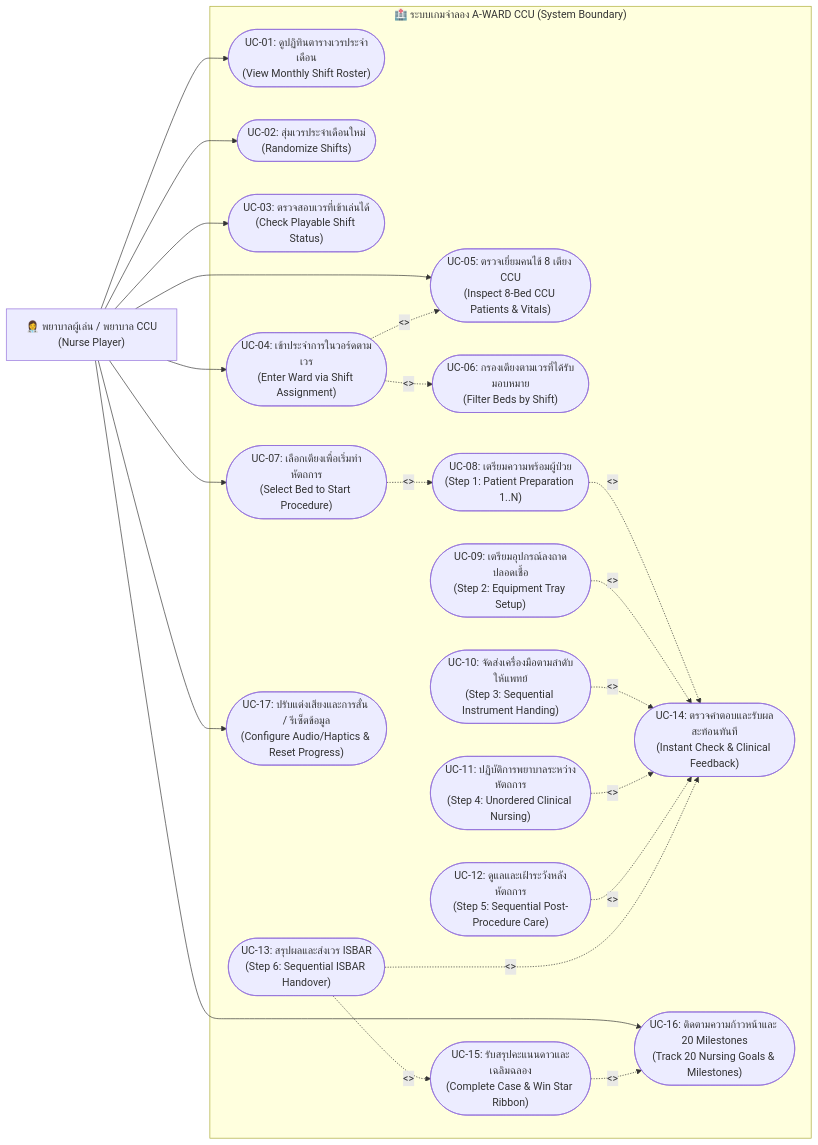
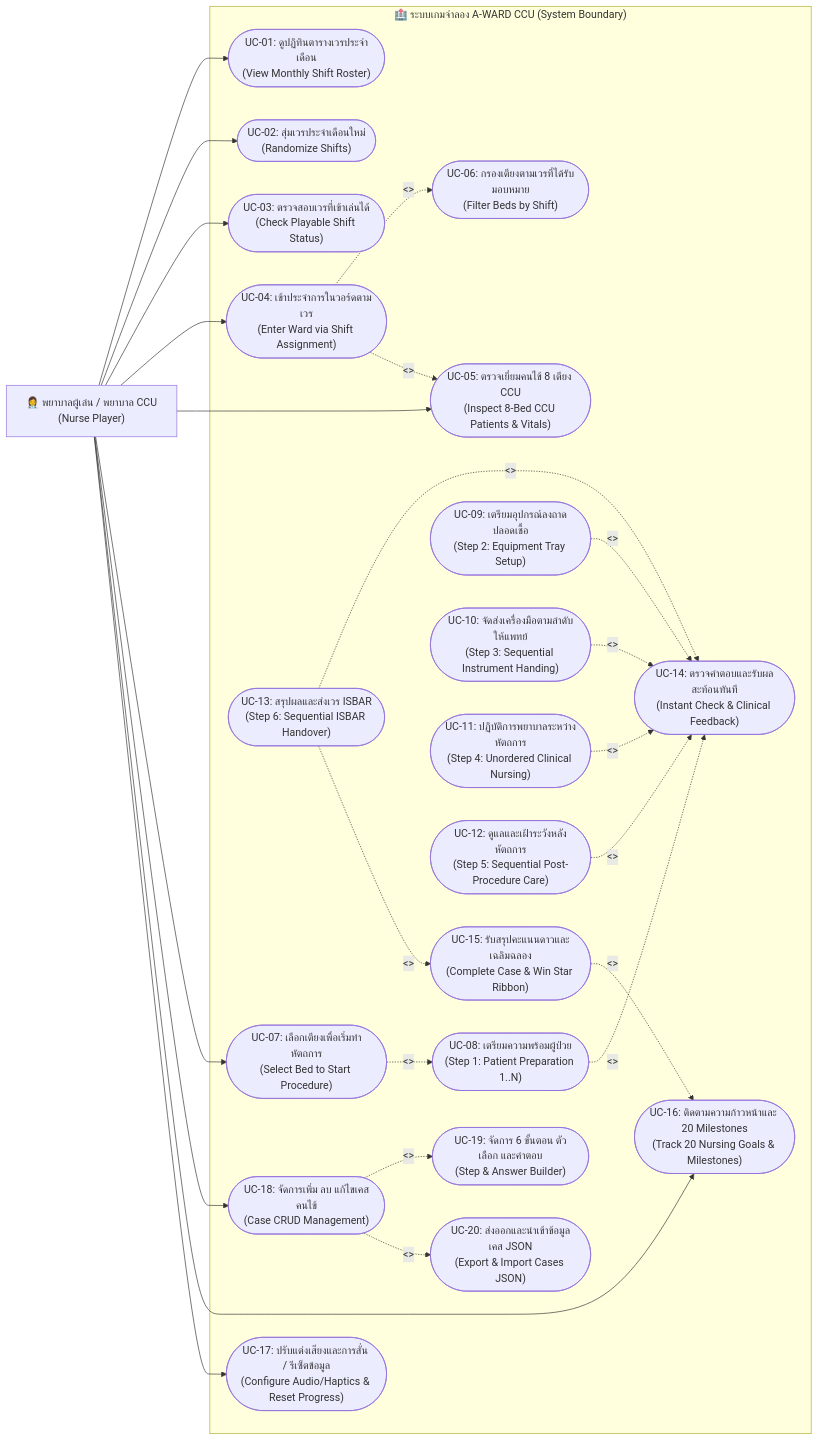
Before and after one commit to superxsiwa/a-ward: the diagram in docs/USECASE_DIAGRAM.md, drawn with Mermaid. The commit also changed other lines of this file and 2 other files, not shown here.

Commit message:
docs(analysis): update SRS, Class Diagram, and Use Case Diagram with patterns and latest features

````diff
--- a/docs/USECASE_DIAGRAM.md
+++ b/docs/USECASE_DIAGRAM.md
@@ -13,57 +13,67 @@
 ```mermaid
 flowchart LR
     %% Actors
     Nurse["👩‍⚕️ พยาบาลผู้เล่น / พยาบาล CCU<br>(Nurse Player)"]
     
     subgraph A_WARD_System ["🏥 ระบบเกมจำลอง A-WARD CCU (System Boundary)"]
         %% Module 1: Shift Roster
         UC1(["UC-01: ดูปฏิทินตารางเวรประจำเดือน<br>(View Monthly Shift Roster)"])
         UC2(["UC-02: สุ่มเวรประจำเดือนใหม่<br>(Randomize Shifts)"])
         UC3(["UC-03: ตรวจสอบเวรที่เข้าเล่นได้<br>(Check Playable Shift Status)"])
         UC4(["UC-04: เข้าประจำการในวอร์ดตามเวร<br>(Enter Ward via Shift Assignment)"])
 
         %% Module 2: CCU Ward
         UC5(["UC-05: ตรวจเยี่ยมคนไข้ 8 เตียง CCU<br>(Inspect 8-Bed CCU Patients & Vitals)"])
         UC6(["UC-06: กรองเตียงตามเวรที่ได้รับมอบหมาย<br>(Filter Beds by Shift)"])
         UC7(["UC-07: เลือกเตียงเพื่อเริ่มทำหัตถการ<br>(Select Bed to Start Procedure)"])
 
         %% Module 3: 6-Step Clinical Procedure
         UC8(["UC-08: เตรียมความพร้อมผู้ป่วย<br>(Step 1: Patient Preparation 1..N)"])
         UC9(["UC-09: เตรียมอุปกรณ์ลงถาดปลอดเชื้อ<br>(Step 2: Equipment Tray Setup)"])
         UC10(["UC-10: จัดส่งเครื่องมือตามลำดับให้แพทย์<br>(Step 3: Sequential Instrument Handing)"])
         UC11(["UC-11: ปฏิบัติการพยาบาลระหว่างหัตถการ<br>(Step 4: Unordered Clinical Nursing)"])
         UC12(["UC-12: ดูแลและเฝ้าระวังหลังหัตถการ<br>(Step 5: Sequential Post-Procedure Care)"])
         UC13(["UC-13: สรุปผลและส่งเวร ISBAR<br>(Step 6: Sequential ISBAR Handover)"])
 
         %% Module 4: Feedback & Evaluation
         UC14(["UC-14: ตรวจคำตอบและรับผลสะท้อนทันที<br>(Instant Check & Clinical Feedback)"])
         UC15(["UC-15: รับสรุปคะแนนดาวและเฉลิมฉลอง<br>(Complete Case & Win Star Ribbon)"])
 
-        %% Module 5: Milestones & Settings
+        %% Module 5: Case & Step Management
+        UC18(["UC-18: จัดการเพิ่ม ลบ แก้ไขเคสคนไข้<br>(Case CRUD Management)"])
+        UC19(["UC-19: จัดการ 6 ขั้นตอน ตัวเลือก และคำตอบ<br>(Step & Answer Builder)"])
+        UC20(["UC-20: ส่งออกและนำเข้าข้อมูลเคส JSON<br>(Export & Import Cases JSON)"])
+
+        %% Module 6: Milestones & Settings
         UC16(["UC-16: ติดตามความก้าวหน้าและ 20 Milestones<br>(Track 20 Nursing Goals & Milestones)"])
         UC17(["UC-17: ปรับแต่งเสียงและการสั่น / รีเซ็ตข้อมูล<br>(Configure Audio/Haptics & Reset Progress)"])
     end
 
     %% Associations
     Nurse --> UC1
     Nurse --> UC2
     Nurse --> UC3
     Nurse --> UC4
     Nurse --> UC5
     Nurse --> UC7
+    Nurse --> UC18
     Nurse --> UC16
     Nurse --> UC17
+
+    %% Relationships
+    UC18 -.->|<<include>>| UC19
+    UC18 -.->|<<include>>| UC20
 
     %% Relationships
     UC4 -.->|<<include>>| UC6
     UC4 -.->|<<include>>| UC5
     UC7 -.->|<<include>>| UC8
     UC8 -.->|<<include>>| UC14
     UC9 -.->|<<include>>| UC14
     UC10 -.->|<<include>>| UC14
     UC11 -.->|<<include>>| UC14
     UC12 -.->|<<include>>| UC14
     UC13 -.->|<<include>>| UC14
     UC13 -.->|<<include>>| UC15
     UC15 -.->|<<include>>| UC16
 ```
````
